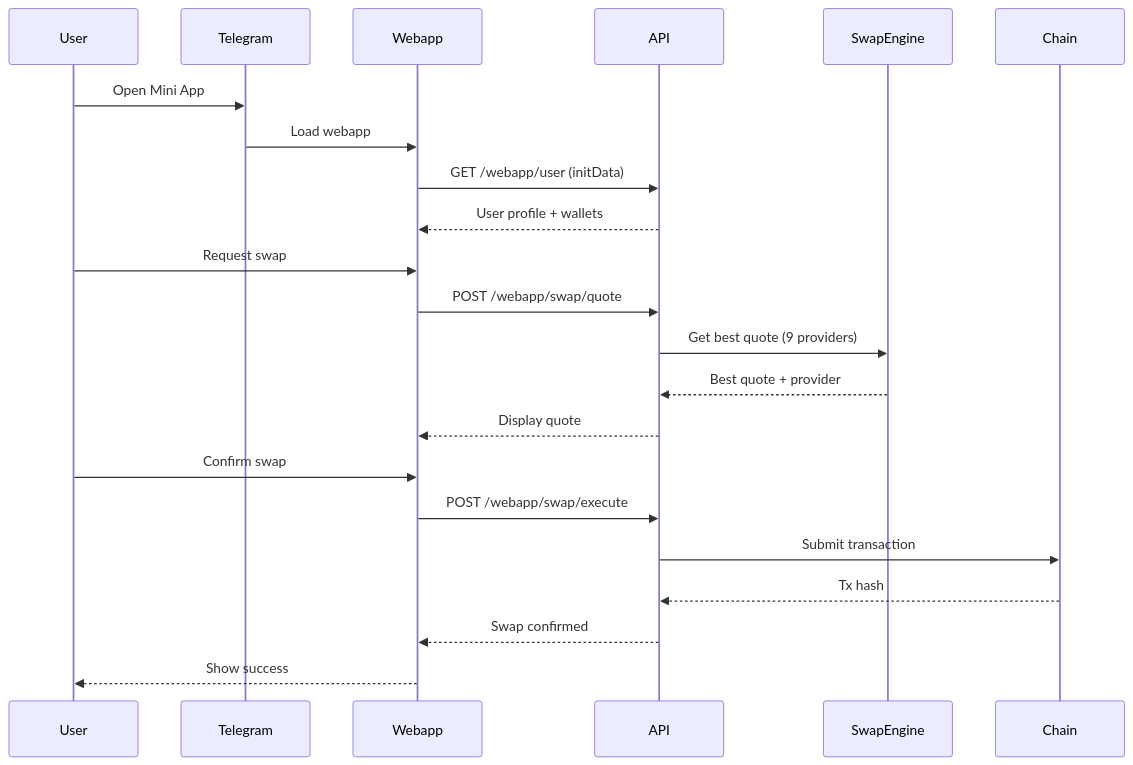
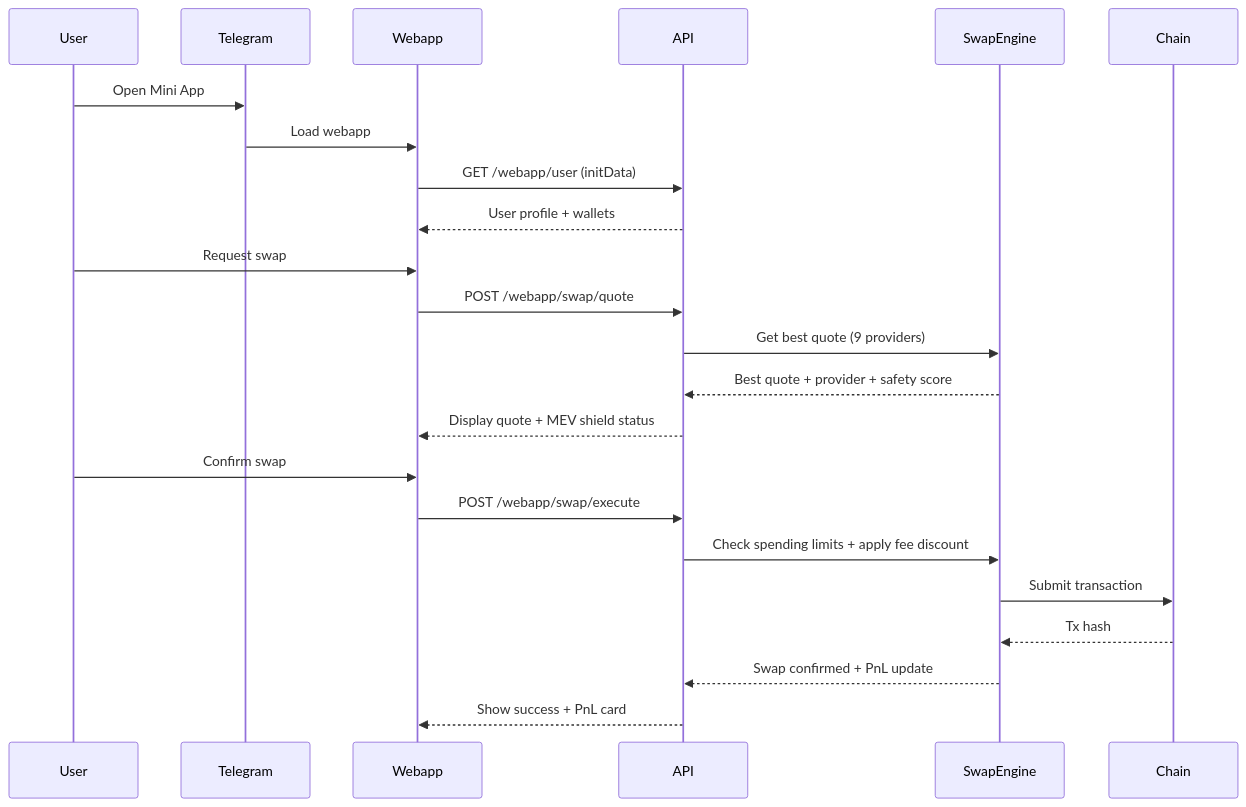
The sixth of 7 diagrams in README.md (0xSoftBoi/suwappubot), drawn with Mermaid before and after one commit. The commit also changed other lines of this file, not shown here.

Commit message:
docs: update README with Phase 1-4 features, 15 chains, and expanded architecture

````diff
--- a/README.md
+++ b/README.md
@@ -233,27 +273,28 @@
 ```mermaid
 sequenceDiagram
     participant U as User
     participant TG as Telegram
     participant W as Webapp
     participant A as API
     participant SE as SwapEngine
     participant C as Chain
 
     U->>TG: Open Mini App
     TG->>W: Load webapp
     W->>A: GET /webapp/user (initData)
     A-->>W: User profile + wallets
 
     U->>W: Request swap
     W->>A: POST /webapp/swap/quote
     A->>SE: Get best quote (9 providers)
-    SE-->>A: Best quote + provider
-    A-->>W: Display quote
+    SE-->>A: Best quote + provider + safety score
+    A-->>W: Display quote + MEV shield status
 
     U->>W: Confirm swap
     W->>A: POST /webapp/swap/execute
-    A->>C: Submit transaction
-    C-->>A: Tx hash
-    A-->>W: Swap confirmed
-    W-->>U: Show success
+    A->>SE: Check spending limits + apply fee discount
+    SE->>C: Submit transaction
+    C-->>SE: Tx hash
+    SE-->>A: Swap confirmed + PnL update
+    A-->>W: Show success + PnL card
 ```
````
